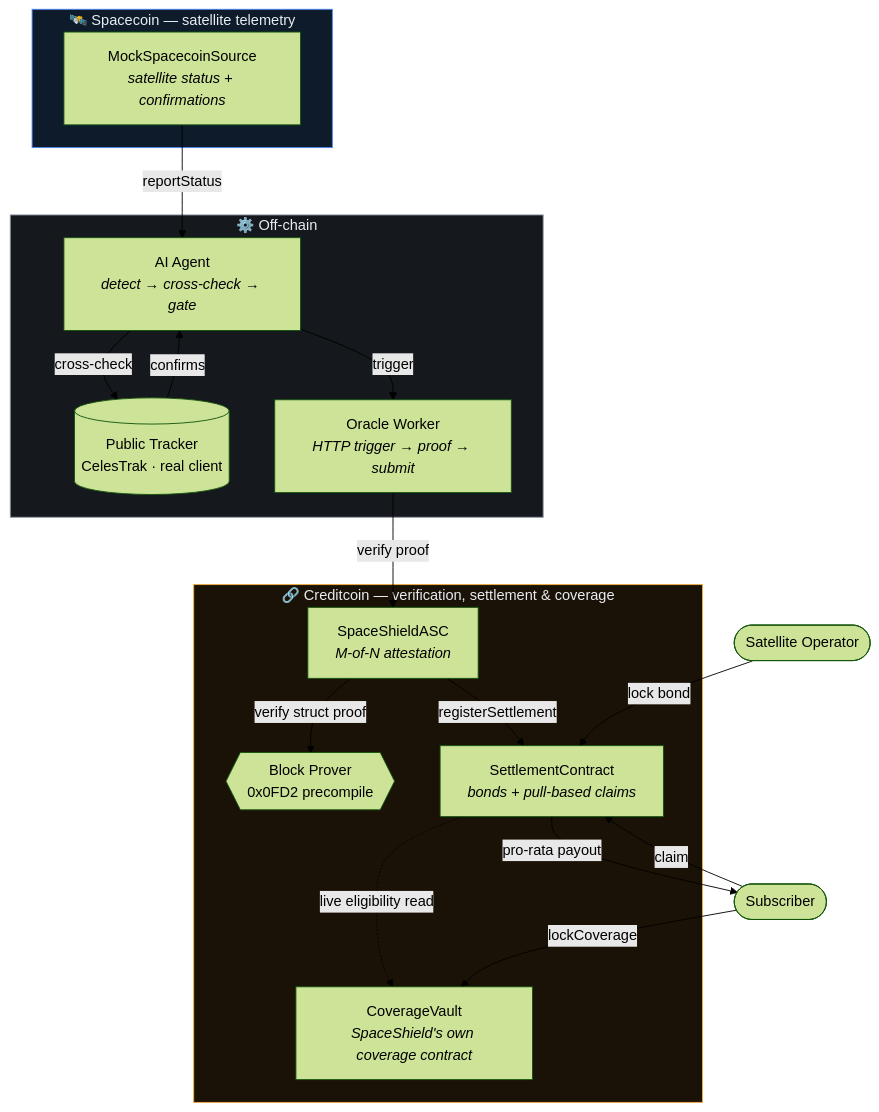
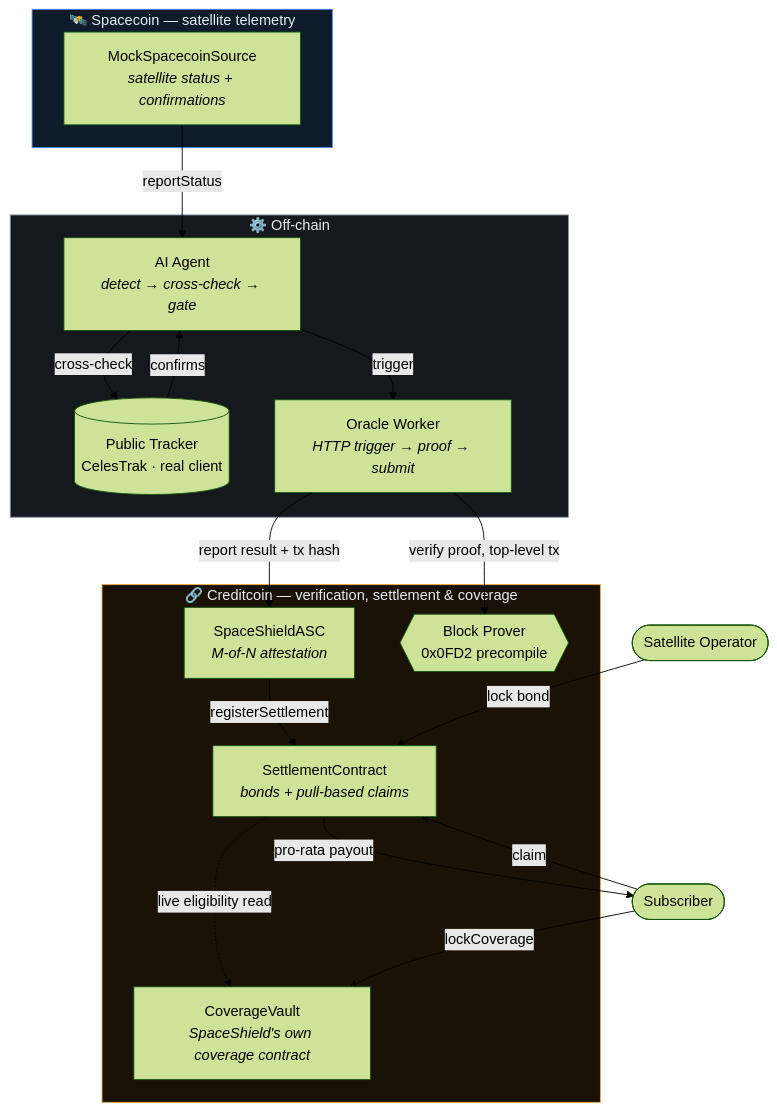
Before and after one commit to midexol/SpaceShield: the second of 2 diagrams in README.md, drawn with Mermaid (forest theme). The commit also changed other lines of this file and 19 other files, not shown here.

````diff
--- a/README.md
+++ b/README.md
@@ -80,39 +83,39 @@
 ```mermaid
 graph TB
     subgraph SPACECOIN["🛰️ Spacecoin — satellite telemetry"]
         SRC["MockSpacecoinSource<br/><i>satellite status + confirmations</i>"]
     end
 
     subgraph OFFCHAIN["⚙️ Off-chain"]
         AGENT["AI Agent<br/><i>detect → cross-check → gate</i>"]
         TRACK[("Public Tracker<br/>CelesTrak · real client")]
         WORKER["Oracle Worker<br/><i>HTTP trigger → proof → submit</i>"]
     end
 
     subgraph CREDITCOIN["🔗 Creditcoin — verification, settlement & coverage"]
         CV["CoverageVault<br/><i>SpaceShield's own coverage contract</i>"]
         ASC["SpaceShieldASC<br/><i>M-of-N attestation</i>"]
         PROVER{{"Block Prover<br/>0x0FD2 precompile"}}
         SETTLE["SettlementContract<br/><i>bonds + pull-based claims</i>"]
     end
 
     USER(["Subscriber"])
     OPERATOR(["Satellite Operator"])
 
     SRC -->|reportStatus| AGENT
     AGENT -->|cross-check| TRACK
     TRACK -->|confirms| AGENT
     AGENT -->|trigger| WORKER
-    WORKER -->|verify proof| ASC
-    ASC -->|verify struct proof| PROVER
+    WORKER -->|verify proof, top-level tx| PROVER
+    WORKER -->|report result + tx hash| ASC
     ASC -->|registerSettlement| SETTLE
     SETTLE -.->|live eligibility read| CV
     USER -->|lockCoverage| CV
     OPERATOR -->|lock bond| SETTLE
     USER -->|claim| SETTLE
     SETTLE -->|pro-rata payout| USER
 
     style SPACECOIN fill:#0d1b2a,stroke:#4f86f7,color:#e8ecf1
     style CREDITCOIN fill:#1a1206,stroke:#f0ab3d,color:#e8ecf1
     style OFFCHAIN fill:#15181c,stroke:#8d95a3,color:#e8ecf1
 ```
````
